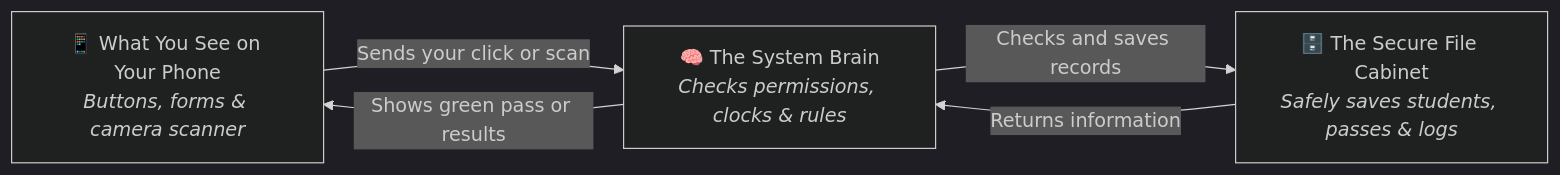
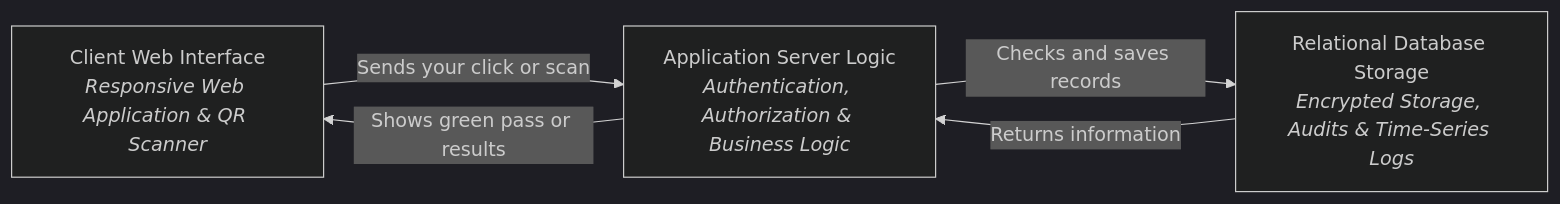
The second of 9 diagrams in PROJECT_DOCUMENTATION.md (harsha-perfect-solutions/Campus-Patrol), drawn with Mermaid (dark theme) before and after one commit. The commit also changed other lines of this file and 57 other files, not shown here.

````diff
--- a/PROJECT_DOCUMENTATION.md
+++ b/PROJECT_DOCUMENTATION.md
@@ -129,11 +129,11 @@
 ```mermaid
 graph LR
-    Screen["📱 What You See on Your Phone<br/><i>Buttons, forms & camera scanner</i>"]
-    Server["🧠 The System Brain<br/><i>Checks permissions, clocks & rules</i>"]
-    Database["🗄️ The Secure File Cabinet<br/><i>Safely saves students, passes & logs</i>"]
+    Screen["Client Web Interface<br/><i>Responsive Web Application & QR Scanner</i>"]
+    Server["Application Server Logic<br/><i>Authentication, Authorization & Business Logic</i>"]
+    Database["Relational Database Storage<br/><i>Encrypted Storage, Audits & Time-Series Logs</i>"]
 
     Screen -->|Sends your click or scan| Server
     Server -->|Checks and saves records| Database
     Database -->|Returns information| Server
     Server -->|Shows green pass or results| Screen
 ```
````
